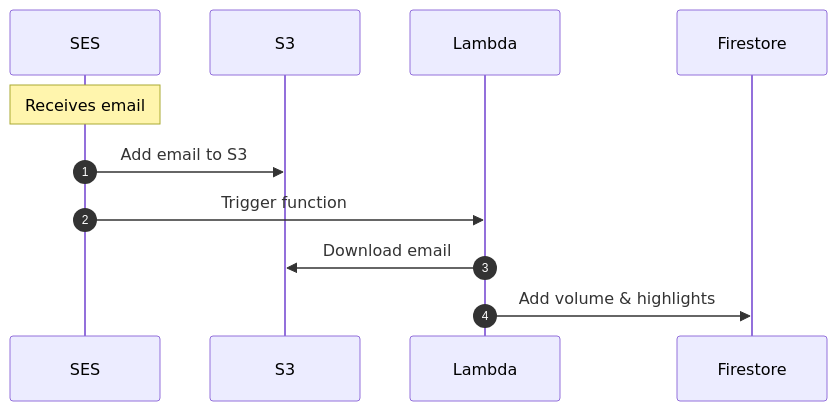
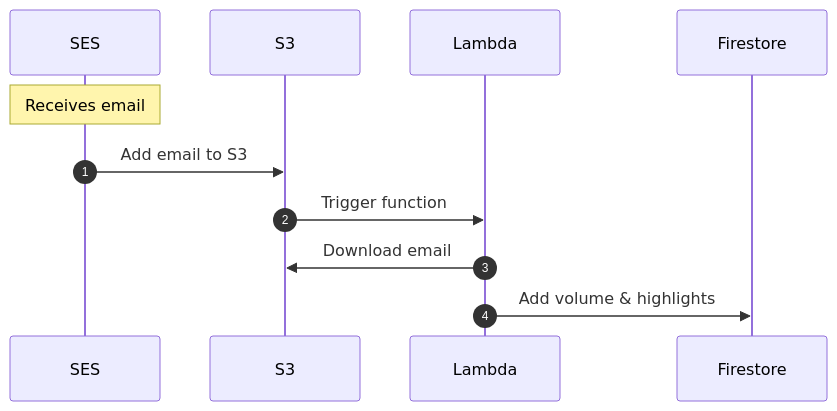
The diagram in aws/email-importer/README.md (sawyerh/highlights), drawn with Mermaid before and after one commit. The commit also changed other lines of this file and 18 other files, not shown here.

````diff
--- a/aws/email-importer/README.md
+++ b/aws/email-importer/README.md
@@ -3,14 +3,14 @@
 ```mermaid
 sequenceDiagram
   autonumber
   participant SES
   participant S3
   participant Lambda
   participant Firestore
 
   Note over SES: Receives email
   SES ->> S3: Add email to S3
-  SES ->> Lambda: Trigger function
+  S3 ->> Lambda: Trigger function
   Lambda ->> S3: Download email
   Lambda ->> Firestore: Add volume & highlights
 ```
````
